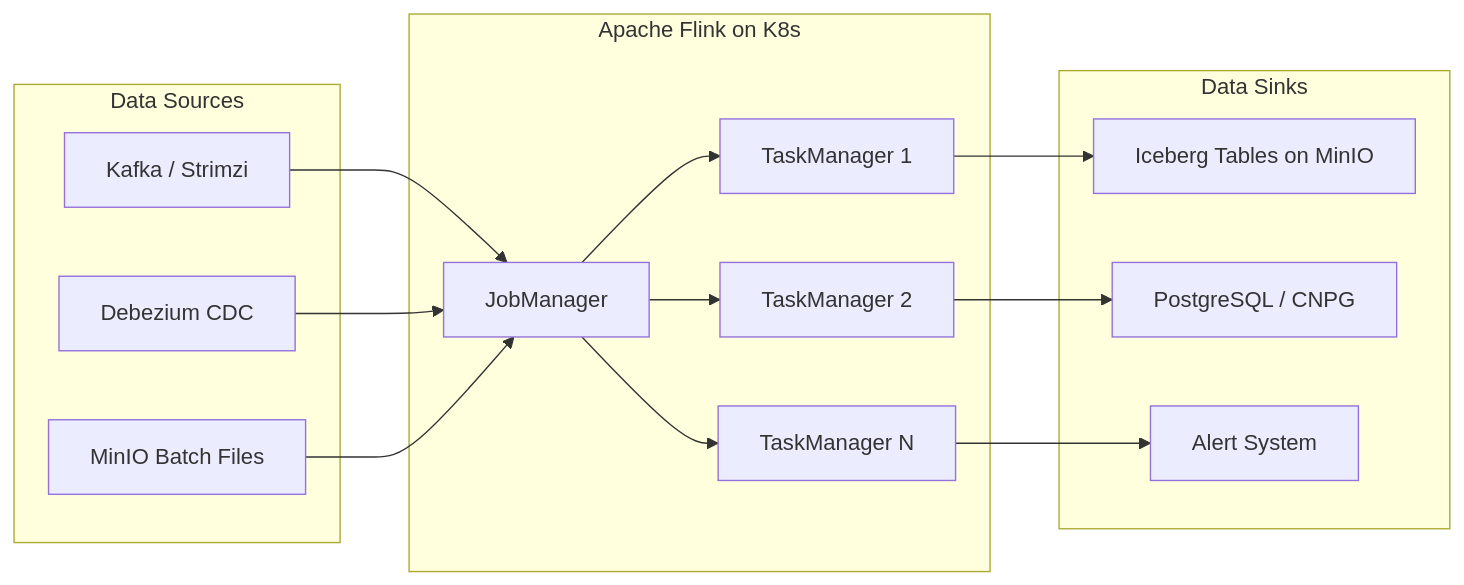
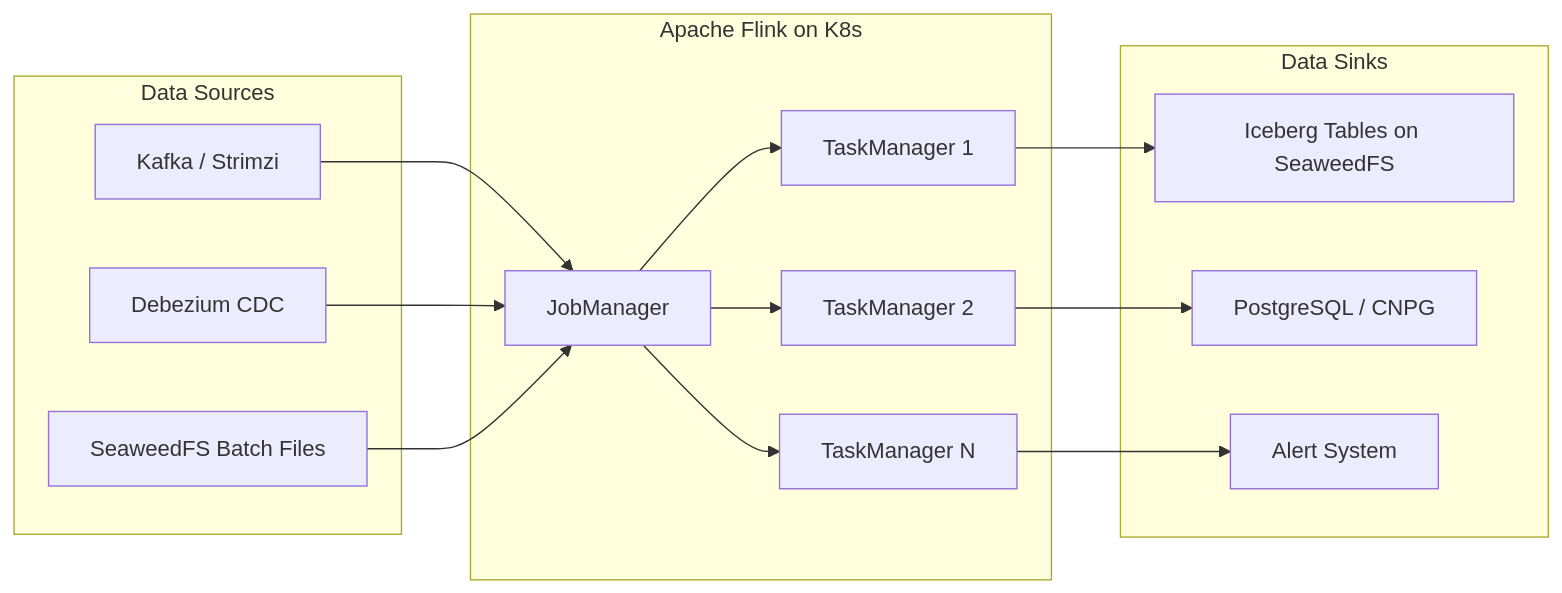
Before and after one commit to openova-io/openova: the first of 2 diagrams in platform/flink/README.md, drawn with Mermaid. The commit also changed other lines of this file and 31 other files, not shown here.

First line of the commit message:
docs(seaweedfs+guacamole): replace MinIO with SeaweedFS as unified S3 encapsulation; add Guacamole to bp-relay

````diff
--- a/platform/flink/README.md
+++ b/platform/flink/README.md
@@ -21,31 +21,31 @@
 ```mermaid
 flowchart LR
     subgraph Sources["Data Sources"]
         Kafka[Kafka / Strimzi]
         CDC[Debezium CDC]
-        S3[MinIO Batch Files]
+        S3[SeaweedFS Batch Files]
     end
 
     subgraph Flink["Apache Flink on K8s"]
         JM[JobManager]
         TM1[TaskManager 1]
         TM2[TaskManager 2]
         TM3[TaskManager N]
     end
 
     subgraph Sinks["Data Sinks"]
-        Iceberg[Iceberg Tables on MinIO]
+        Iceberg[Iceberg Tables on SeaweedFS]
         PG[PostgreSQL / CNPG]
         Alerts[Alert System]
     end
 
     Kafka --> JM
     CDC --> JM
     S3 --> JM
     JM --> TM1
     JM --> TM2
     JM --> TM3
     TM1 --> Iceberg
     TM2 --> PG
     TM3 --> Alerts
 ```
````
